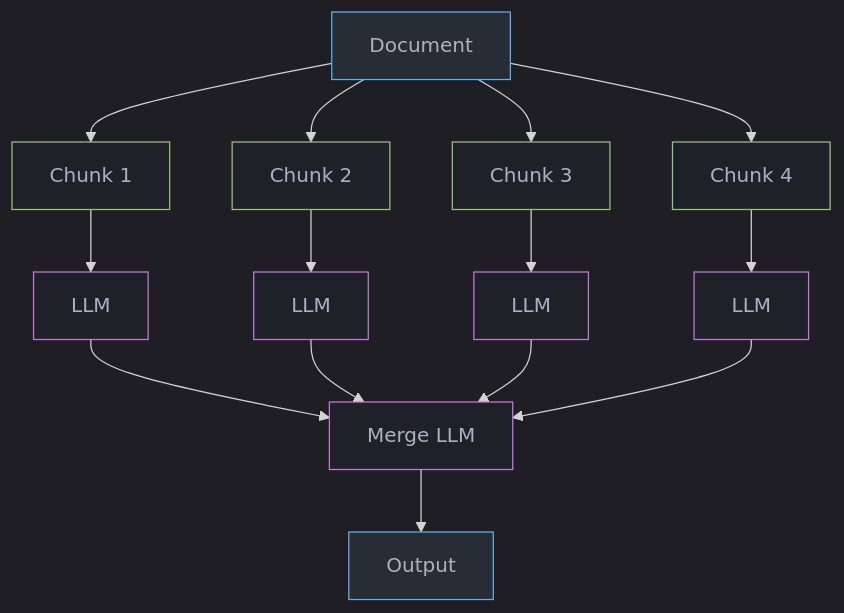
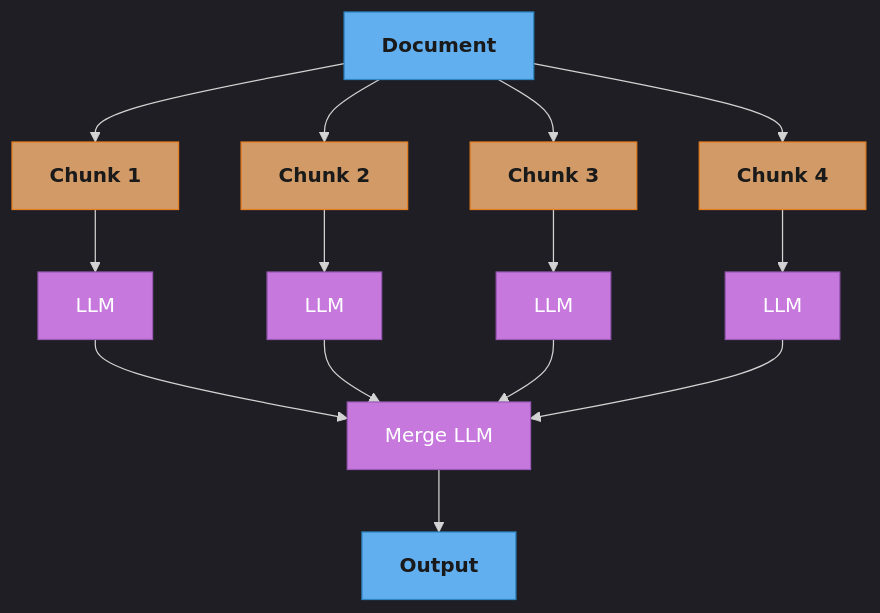
Before and after one commit to rppol/system-design: the third of 7 diagrams in src/main/java/com/rutik/systemdesign/llm/agentic_workflow_patterns/README.md, drawn with Mermaid. The commit also changed other lines of this file and 88 other files, not shown here.

````diff
--- a/src/main/java/com/rutik/systemdesign/llm/agentic_workflow_patterns/README.md
+++ b/src/main/java/com/rutik/systemdesign/llm/agentic_workflow_patterns/README.md
@@ -468,24 +475,28 @@
 ```mermaid
 %%{init: {'flowchart': {'curve': 'basis'}, 'theme': 'dark'}}%%
 flowchart TD
-    classDef io   fill:#282c34,stroke:#61afef,color:#abb2bf
-    classDef llm  fill:#1e2127,stroke:#c678dd,color:#abb2bf
-    classDef proc fill:#1e2127,stroke:#98c379,color:#abb2bf
+    classDef io      fill:#61afef,stroke:#2e86c1,color:#1a1a1a,font-weight:bold
+    classDef frozen  fill:#c678dd,stroke:#9b59b6,color:#fff
+    classDef train   fill:#98c379,stroke:#27ae60,color:#1a1a1a
+    classDef mathOp  fill:#d19a66,stroke:#e67e22,color:#1a1a1a,font-weight:bold
+    classDef lossN   fill:#e06c75,stroke:#c0392b,color:#fff,font-weight:bold
+    classDef req     fill:#56b6c2,stroke:#0097a7,color:#1a1a1a
+    classDef base    fill:#e5c07b,stroke:#f39c12,color:#1a1a1a
 
     DOC["Document"]
     C1["Chunk 1"] & C2["Chunk 2"] & C3["Chunk 3"] & C4["Chunk 4"]
     L1["LLM"] & L2["LLM"] & L3["LLM"] & L4["LLM"]
     MERGE["Merge LLM"]
     OUT["Output"]
 
     DOC --> C1 & C2 & C3 & C4
     C1 --> L1
     C2 --> L2
     C3 --> L3
     C4 --> L4
     L1 & L2 & L3 & L4 --> MERGE --> OUT
 
     class DOC,OUT io
-    class C1,C2,C3,C4 proc
-    class L1,L2,L3,L4,MERGE llm
+    class C1,C2,C3,C4 mathOp
+    class L1,L2,L3,L4,MERGE frozen
 ```
````
